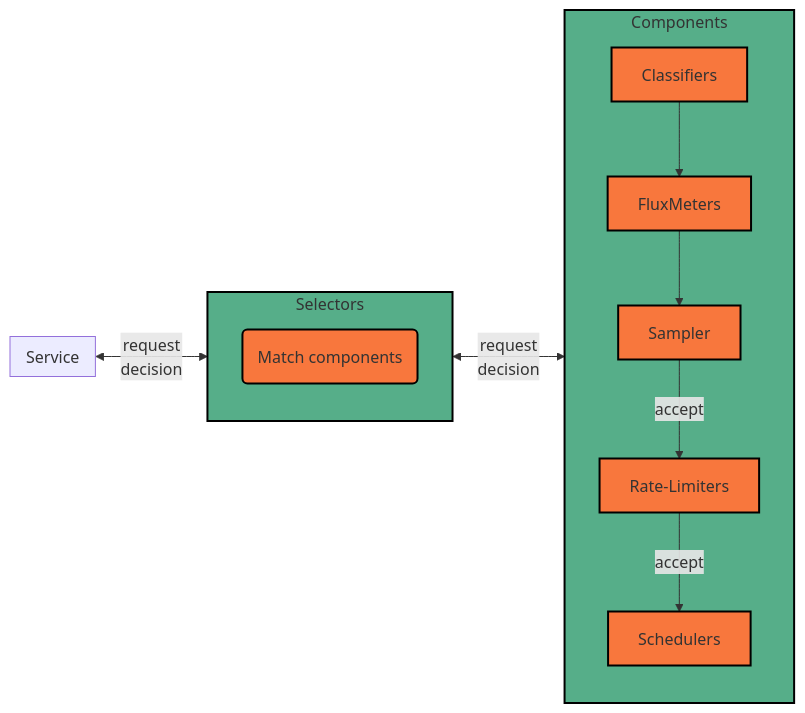
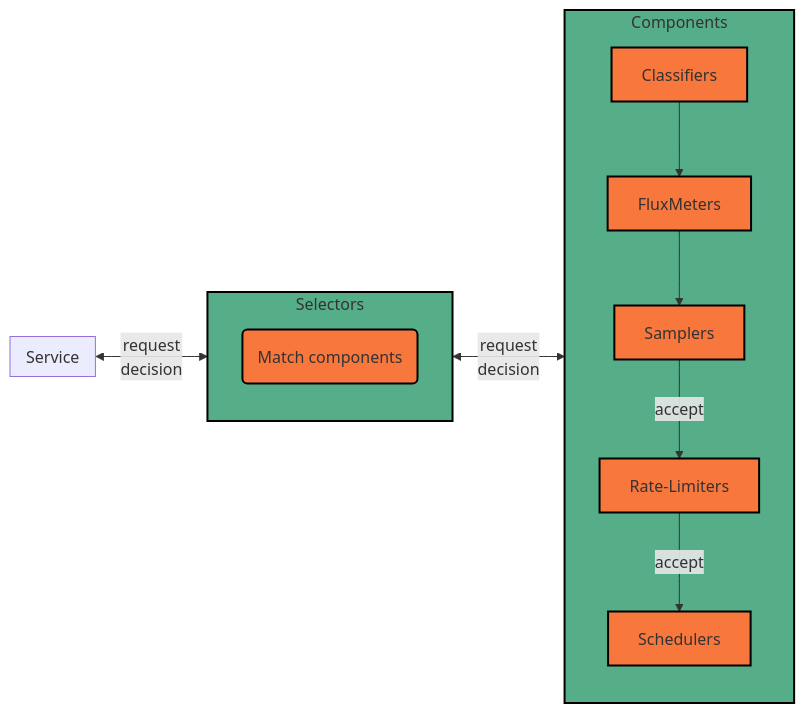
One commit to fluxninja/aperture changed the diagram in docs/content/concepts/assets/gen/service/flow-lifecycle.mmd. Above: the diagram before and after it, drawn with Mermaid. The commit also changed 3 other files, not shown here.

Commit message:
Improve flow lifecycle doc

```diff
--- a/docs/content/concepts/assets/gen/service/flow-lifecycle.mmd
+++ b/docs/content/concepts/assets/gen/service/flow-lifecycle.mmd
@@ -1,27 +1,27 @@
 flowchart LR
 classDef Green fill:#56AE89,stroke:#000000,stroke-width:2px;
 classDef Orange fill:#F8773D,stroke:#000000,stroke-width:2px;
 
 subgraph "Service"
 end
 class Service Green
 
 Service <-- "request\n decision" --> Selectors
 Selectors <-- "request\n decision" --> Components
 
 subgraph "Selectors"
 	Text("Match components")
 	class Text Orange
 end
 class Selectors Green
 
 
 subgraph Components
-    Classifiers --> FluxMeters --> Sampler--"accept"--> Rate-Limiters --"accept"--> Schedulers
+    Classifiers --> FluxMeters --> Samplers--"accept"--> Rate-Limiters --"accept"--> Schedulers
 class Classifiers Orange
 class FluxMeters Orange
-class Sampler Orange
+class Samplers Orange
 class Rate-Limiters Orange
 class Schedulers Orange
 end
 class Components Green
```
